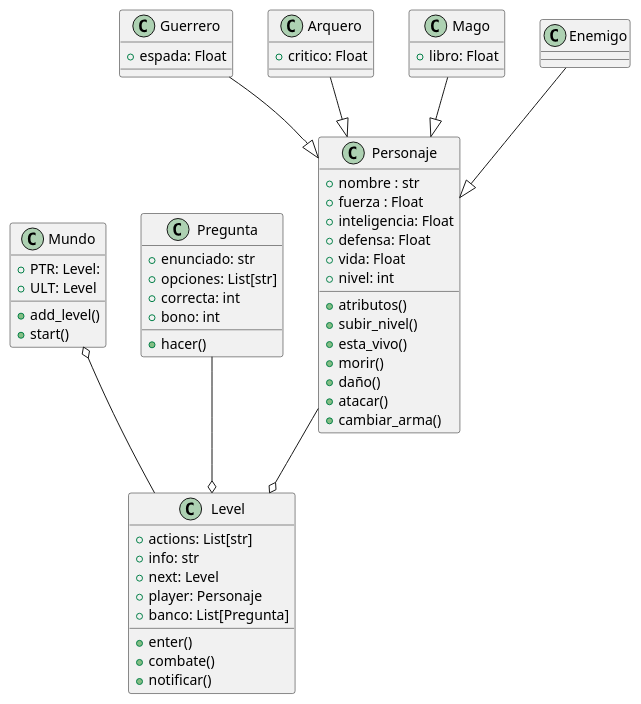
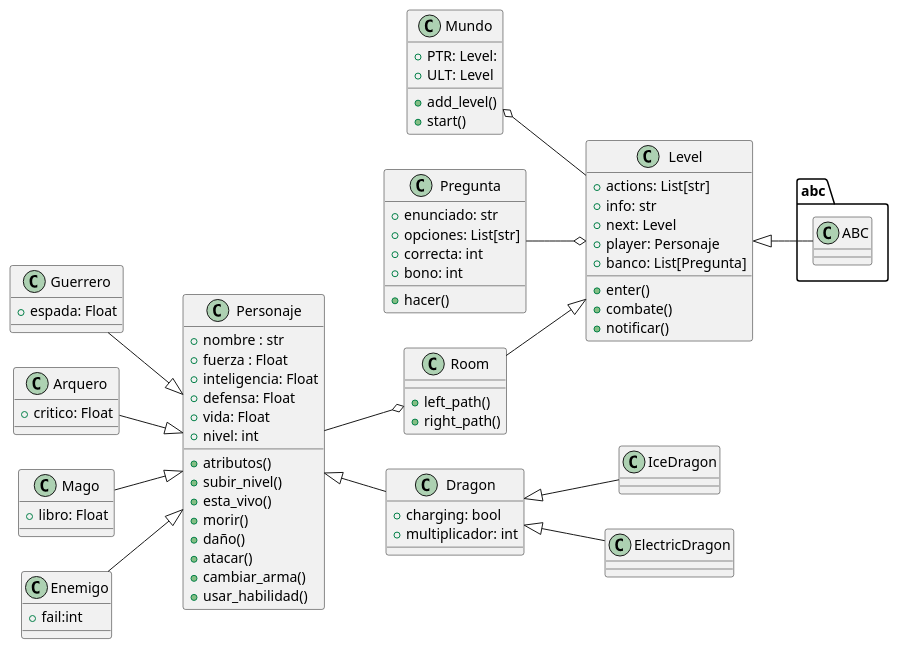
One commit to davidmosquera03/OOP_FinalProject changed the diagram in UML.puml. Above: the diagram before and after it, drawn with PlantUML. The commit also changed other lines of this file and 8 other files, not shown here.

```diff
--- a/UML.puml
+++ b/UML.puml
@@ -2,59 +1,80 @@
 @startuml
-top to bottom direction
+left to right direction
 class Personaje{
 +nombre : str
 +fuerza : Float 
 +inteligencia: Float
 +defensa: Float
 +vida: Float 
 +nivel: int
 +atributos()
 +subir_nivel()
 +esta_vivo()
 +morir()
 +daño()
 +atacar()
-+ cambiar_arma()
++cambiar_arma()
++usar_habilidad()
 }
 class Guerrero{
 + espada: Float
 }
 class Arquero{
 + critico: Float
 }
 class Mago{
 +libro: Float
 }
 class Mundo{
 +PTR: Level:
 +ULT: Level
 +add_level()
 +start()
 }
 class Level{
 + actions: List[str]
 + info: str
 + next: Level
 + player: Personaje
 + banco: List[Pregunta]
 + enter()
 + combate()
 + notificar()
 }
 class Enemigo{
++fail:int
+}
+class abc.ABC{
+}
+class Dragon{
++charging: bool
++multiplicador: int
+}
+class IceDragon{
+}
+class ElectricDragon{
 }
 class Pregunta{
 + enunciado: str
 +opciones: List[str]
 +correcta: int
 +bono: int
 +hacer()
 }
+class Room{
++left_path()
++right_path()
+}
 Mundo o-- Level
+Level <|--abc.ABC
+Room --|> Level
+Personaje <|-- Dragon
 Guerrero --|> Personaje
 Enemigo --|> Personaje
 Mago --|> Personaje
 Arquero --|> Personaje
-Personaje--o Level
+Personaje--o Room
 Pregunta --o Level
+Dragon<|--ElectricDragon
+Dragon<|--IceDragon
 @enduml
```
